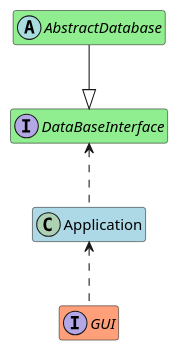
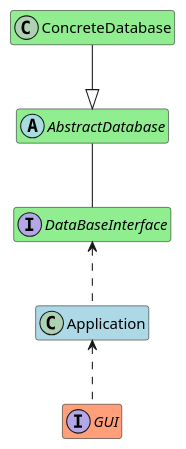
The diagram in Architecture/BlackBoxViewDatabase.puml (Uhgtred/Recipe_Shopping_List), drawn with PlantUML before and after one commit. The commit also changed 1 other file, not shown here.

Commit message:
Updated BlackBoxViewApplication.puml and BlackBoxViewDatabase.puml
- In BlackBoxViewApplication.puml:
    - Changed relationship between ApplicationAPI and RecipeInterface/ShoppingListInterface to implementation.
    - Changed relationship between AbstractRecipe/AbstractShoppingList and RecipeInterface/ShoppingListInterface to realization.
    - Updated relationship between RecipeIngredient and AbstractRecipe/AbstractItem.
    - Updated relationship between NonFoodItem and AbstractShoppingList/AbstractItem.
    - Added a legend for layer colors.
- In BlackBoxViewDatabase.puml:
    - Changed relationship between AbstractDatabase and DataBaseInterface.
    - Added ConcreteDatabase and its relationship to AbstractDatabase.

```diff
--- a/Architecture/BlackBoxViewDatabase.puml
+++ b/Architecture/BlackBoxViewDatabase.puml
@@ -1,16 +1,19 @@
 @startuml
 hide empty members
 
 
 interface DataBaseInterface #lightgreen
 
 abstract class AbstractDatabase #lightgreen
-AbstractDatabase --|> DataBaseInterface
+AbstractDatabase -- DataBaseInterface
+
+class ConcreteDatabase #lightgreen
+ConcreteDatabase --|> AbstractDatabase
 
 interface GUI #lightsalmon
 GUI .u.> Application
 
 class Application #lightblue
 Application .u.> DataBaseInterface
 
 @enduml
```
